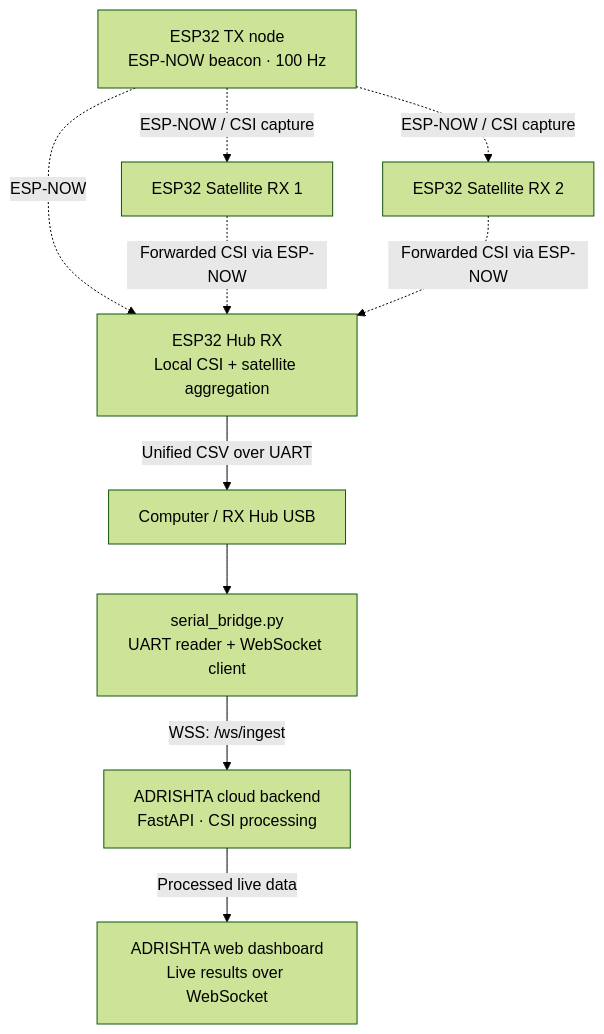
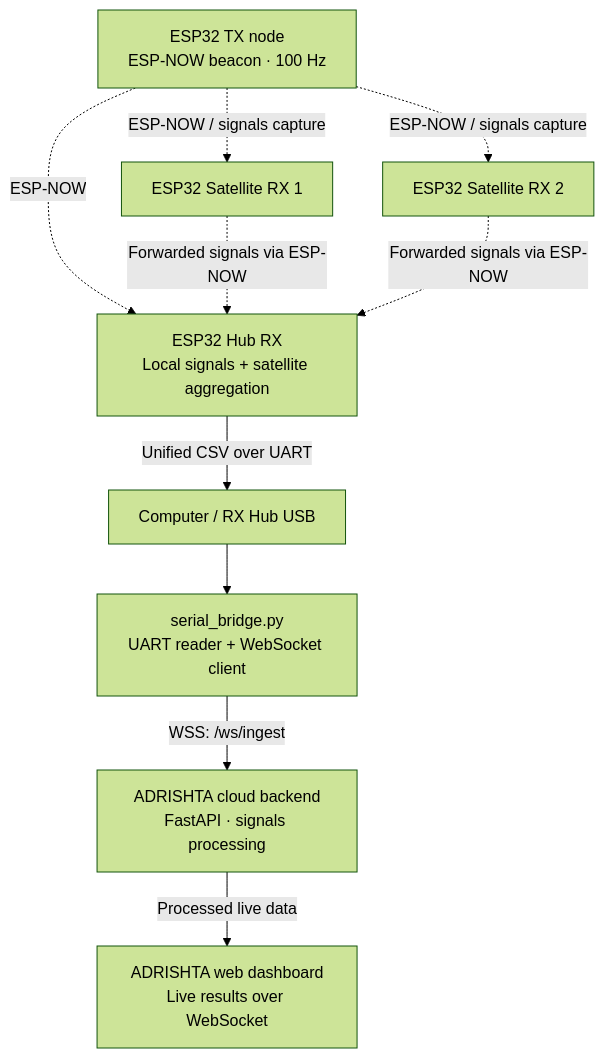
Before and after one commit to gautamsharma2004/ADRISHTA-part1: the diagram in README.md, drawn with Mermaid (forest theme). The commit also changed other lines of this file, not shown here.

````diff
--- a/README.md
+++ b/README.md
@@ -52,21 +52,21 @@
 ```mermaid
 flowchart TD
     TX["ESP32 TX node<br/>ESP-NOW beacon · 100 Hz"]
-    RX0["ESP32 Hub RX<br/>Local CSI + satellite aggregation"]
+    RX0["ESP32 Hub RX<br/>Local signals + satellite aggregation"]
     RX1["ESP32 Satellite RX 1"]
     RX2["ESP32 Satellite RX 2"]
     PC["Computer / RX Hub USB"]
     BRIDGE["serial_bridge.py<br/>UART reader + WebSocket client"]
-    CLOUD["ADRISHTA cloud backend<br/>FastAPI · CSI processing"]
+    CLOUD["ADRISHTA cloud backend<br/>FastAPI · signals processing"]
     WEB["ADRISHTA web dashboard<br/>Live results over WebSocket"]
 
     TX -. "ESP-NOW" .-> RX0
-    TX -. "ESP-NOW / CSI capture" .-> RX1
-    TX -. "ESP-NOW / CSI capture" .-> RX2
-    RX1 -. "Forwarded CSI via ESP-NOW" .-> RX0
-    RX2 -. "Forwarded CSI via ESP-NOW" .-> RX0
+    TX -. "ESP-NOW / signals capture" .-> RX1
+    TX -. "ESP-NOW / signals capture" .-> RX2
+    RX1 -. "Forwarded signals via ESP-NOW" .-> RX0
+    RX2 -. "Forwarded signals via ESP-NOW" .-> RX0
     RX0 -->|"Unified CSV over UART"| PC
     PC --> BRIDGE
     BRIDGE -->|"WSS: /ws/ingest"| CLOUD
     CLOUD -->|"Processed live data"| WEB
 ```
````
